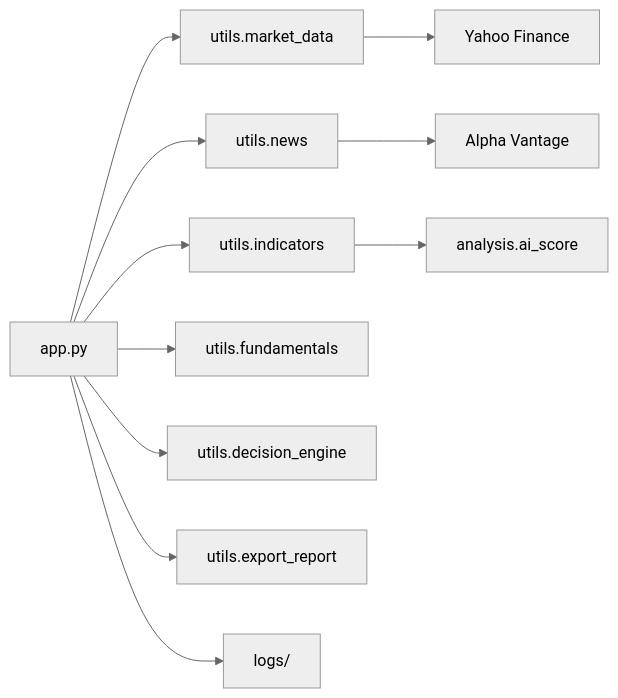
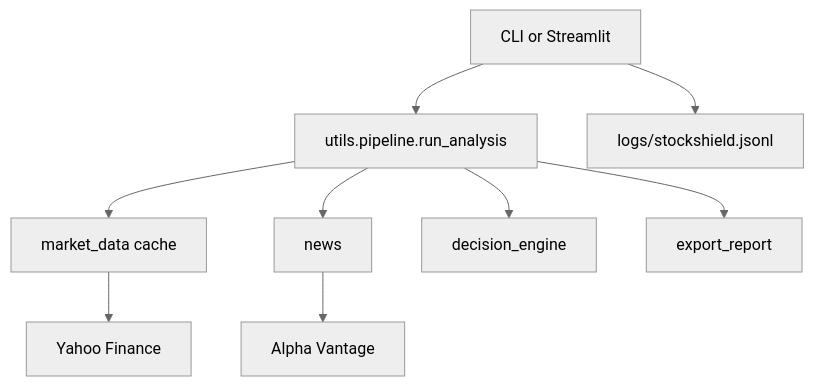
One commit to marvelthorteg20-gif/StockShield-AI changed the diagram in README.md. Above: the diagram before and after it, drawn with Mermaid (neutral theme). The commit also changed other lines of this file and 22 other files, not shown here.

First line of the commit message:
Add a dark Streamlit dashboard on a shared analysis pipeline.

````diff
--- a/README.md
+++ b/README.md
@@ -40,13 +43,11 @@
 ```mermaid
-flowchart LR
-    CLI[app.py] --> Cache[utils.market_data]
-    Cache --> YF[Yahoo Finance]
-    CLI --> News[utils.news]
-    News --> AV[Alpha Vantage]
-    CLI --> Ind[utils.indicators]
-    CLI --> Fund[utils.fundamentals]
-    Ind --> Score[analysis.ai_score]
-    CLI --> Decision[utils.decision_engine]
-    CLI --> Export[utils.export_report]
-    CLI --> Logs[logs/]
+flowchart TD
+    UI[CLI or Streamlit] --> P[utils.pipeline.run_analysis]
+    P --> MD[market_data cache]
+    MD --> YF[Yahoo Finance]
+    P --> N[news]
+    N --> AV[Alpha Vantage]
+    P --> D[decision_engine]
+    P --> E[export_report]
+    UI --> Logs[logs/stockshield.jsonl]
 ```
````
